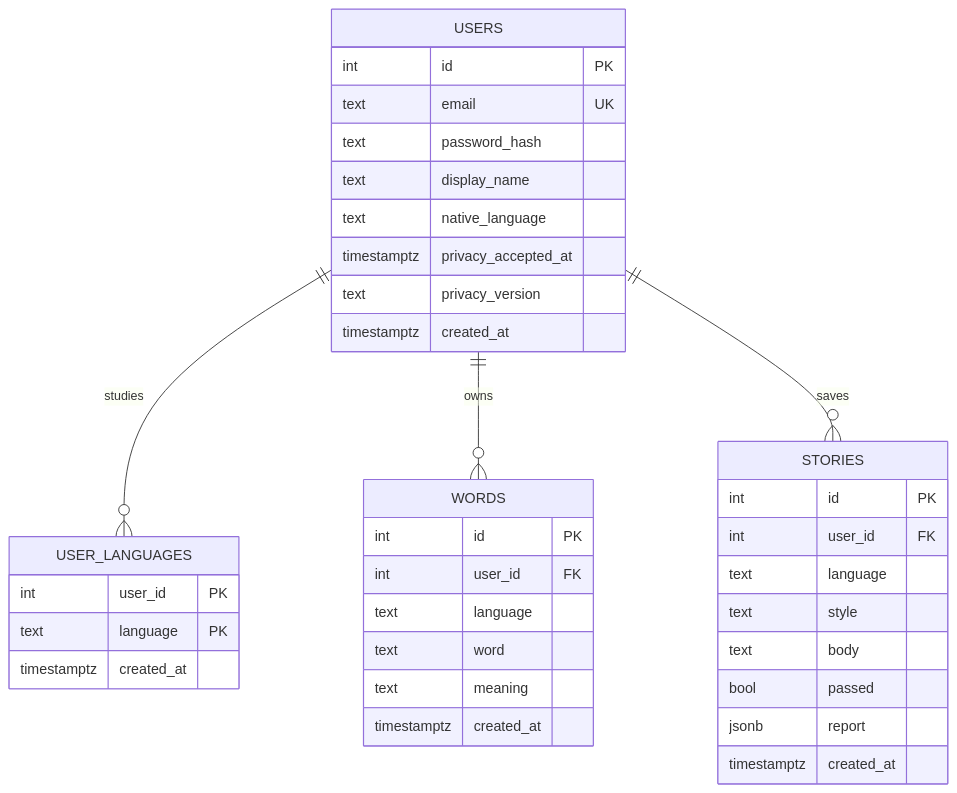
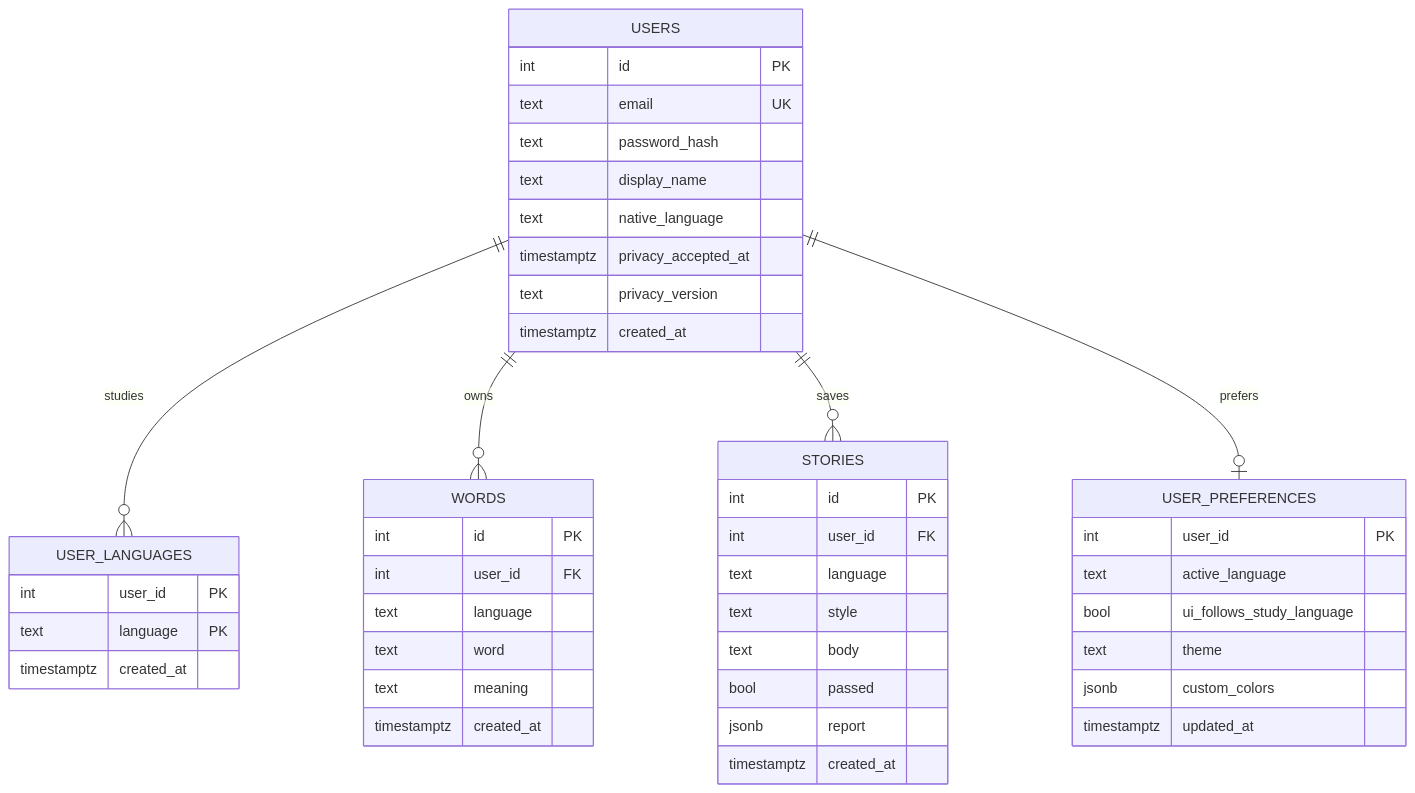
Before and after one commit to stanley-yang-2001/bpllc_project: the fifth of 5 diagrams in docs/WEB-APP-DESIGN.md, drawn with Mermaid. The commit also changed other lines of this file and 4 other files, not shown here.

First line of the commit message:
docs: design v5 (language display, site language, themes, account preferences, per-language policy copies) and repo hygiene

````diff
--- a/docs/WEB-APP-DESIGN.md
+++ b/docs/WEB-APP-DESIGN.md
@@ -298,39 +511,48 @@
 ```mermaid
 erDiagram
   USERS ||--o{ USER_LANGUAGES : studies
   USERS ||--o{ WORDS : owns
   USERS ||--o{ STORIES : saves
+  USERS ||--o| USER_PREFERENCES : prefers
   USERS {
     int id PK
     text email UK
     text password_hash
     text display_name
     text native_language
     timestamptz privacy_accepted_at
     text privacy_version
     timestamptz created_at
   }
   USER_LANGUAGES {
     int user_id PK
     text language PK
     timestamptz created_at
   }
   WORDS {
     int id PK
     int user_id FK
     text language
     text word
     text meaning
     timestamptz created_at
   }
+  USER_PREFERENCES {
+    int user_id PK
+    text active_language
+    bool ui_follows_study_language
+    text theme
+    jsonb custom_colors
+    timestamptz updated_at
+  }
   STORIES {
     int id PK
     int user_id FK
     text language
     text style
     text body
     bool passed
     jsonb report
     timestamptz created_at
   }
 ```
````
